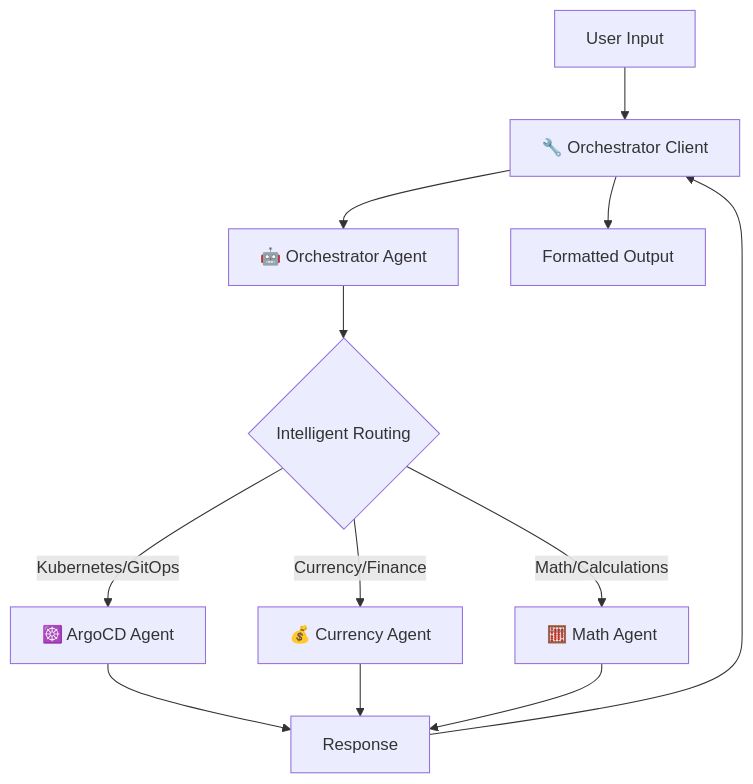
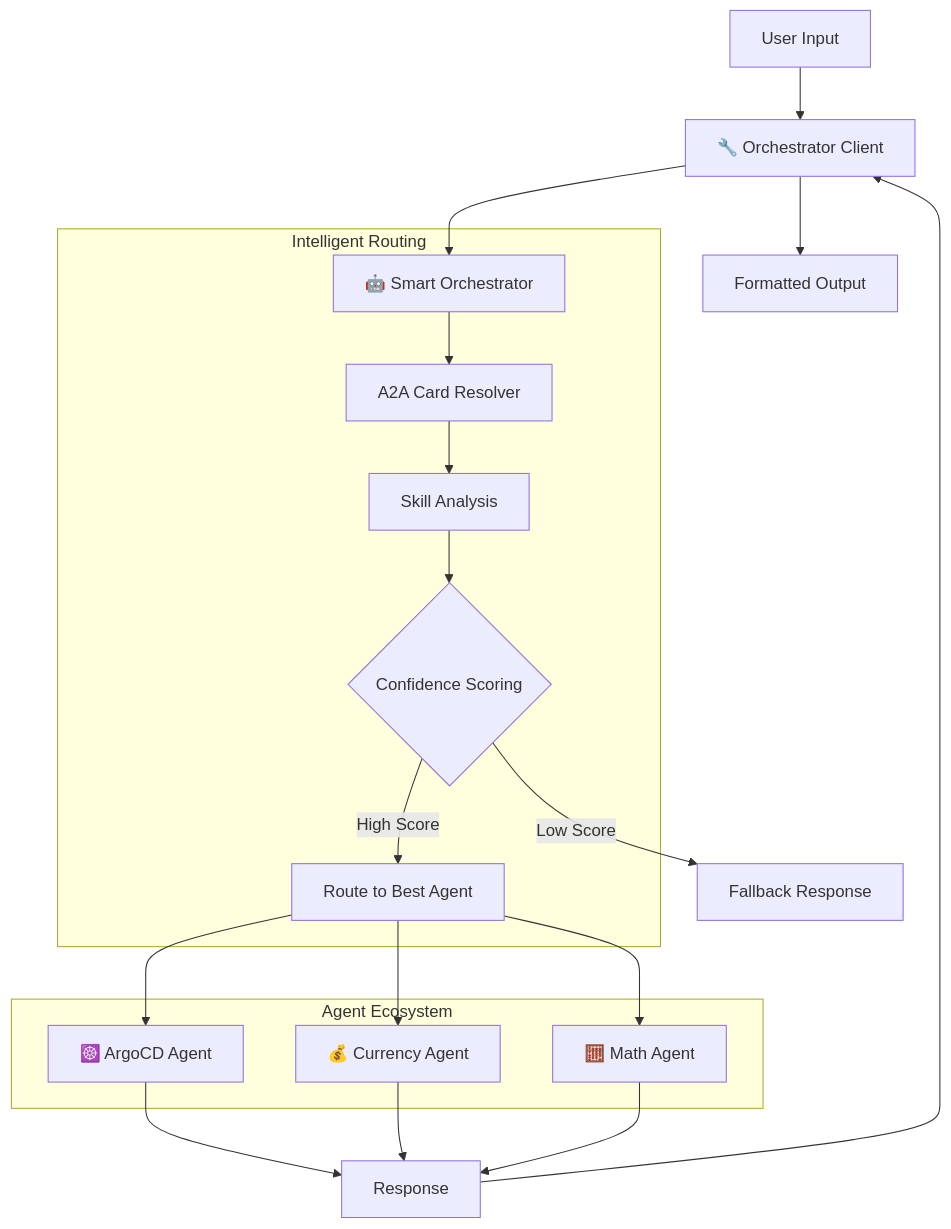
One commit to aichestra/aichestra changed the diagram in orchestrator_client/README.md. Above: the diagram before and after it, drawn with Mermaid. The commit also changed other lines of this file and 13 other files, not shown here.

````diff
--- a/orchestrator_client/README.md
+++ b/orchestrator_client/README.md
@@ -32,14 +30,34 @@
 ```mermaid
 graph TD
     A[User Input] --> B[🔧 Orchestrator Client]
-    B --> C[🤖 Orchestrator Agent]
-    C --> D{Intelligent Routing}
-    D -->|Kubernetes/GitOps| E[☸️ ArgoCD Agent]
-    D -->|Currency/Finance| F[💰 Currency Agent]
-    D -->|Math/Calculations| G[🧮 Math Agent]
-    E --> H[Response]
-    F --> H
-    G --> H
-    H --> B
-    B --> I[Formatted Output]
+    B --> C[🤖 Smart Orchestrator]
+    C --> D[A2A Card Resolver]
+    D --> E[Skill Analysis]
+    E --> F{Confidence Scoring}
+    F -->|High Score| G[Route to Best Agent]
+    F -->|Low Score| H[Fallback Response]
+    
+    G --> I[☸️ ArgoCD Agent]
+    G --> J[💰 Currency Agent]
+    G --> K[🧮 Math Agent]
+    
+    I --> L[Response]
+    J --> L
+    K --> L
+    L --> B
+    B --> M[Formatted Output]
+    
+    subgraph "Intelligent Routing"
+        C
+        D
+        E
+        F
+        G
+    end
+    
+    subgraph "Agent Ecosystem"
+        I
+        J
+        K
+    end
 ```
````
